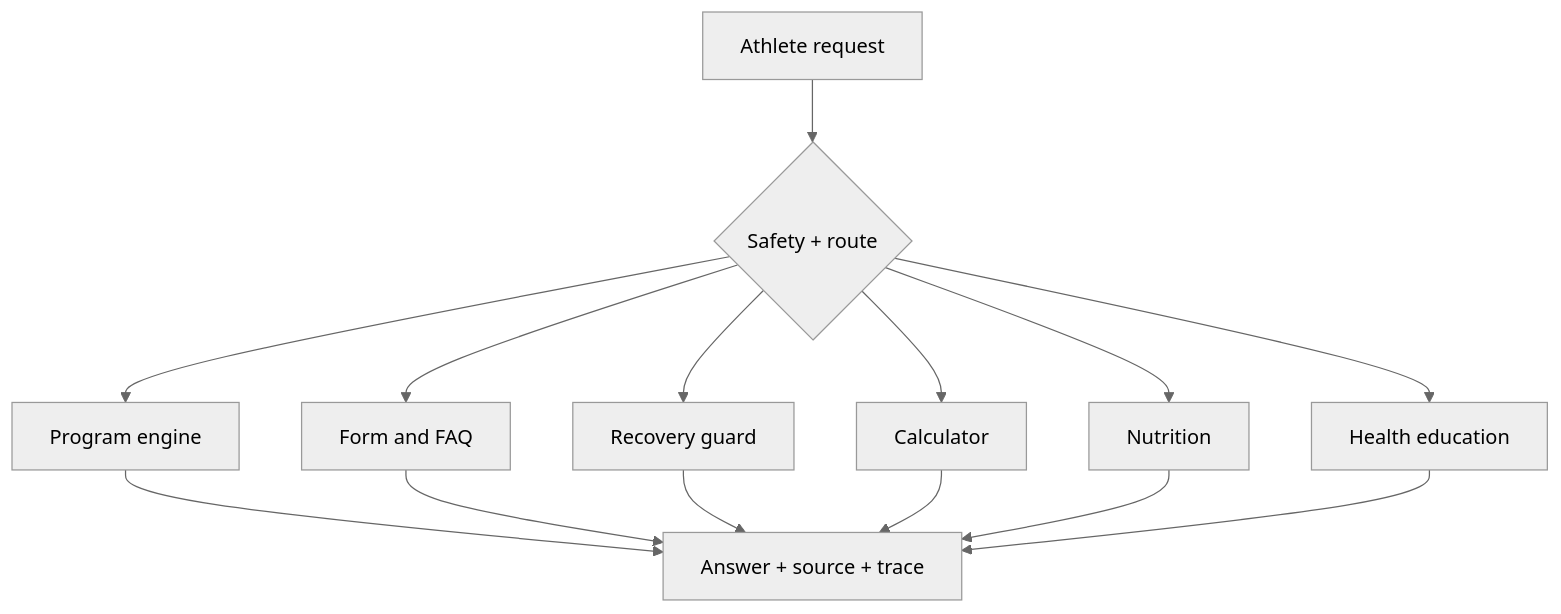
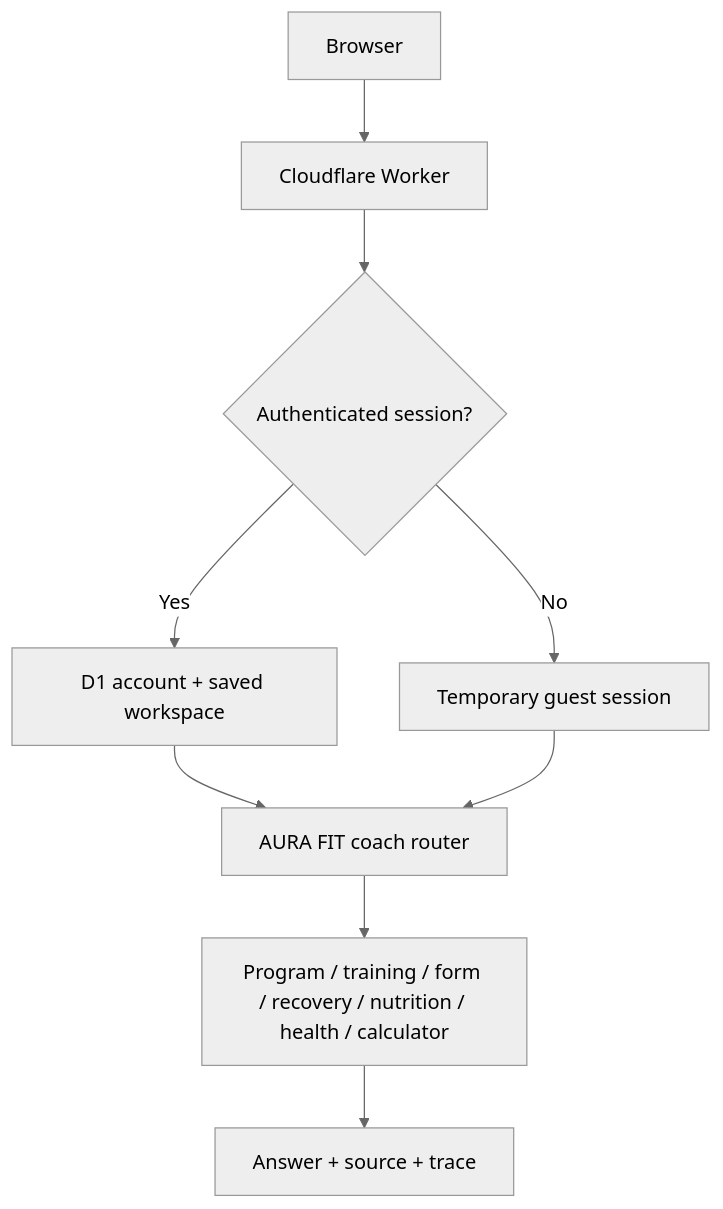
The diagram in README.md (krutharth-dev/aura-fit-ai), drawn with Mermaid (neutral theme) before and after one commit. The commit also changed other lines of this file and 27 other files, not shown here.

First line of the commit message:
feat: make AuraFit publicly deployable with first-party auth (#19)

````diff
--- a/README.md
+++ b/README.md
@@ -46,16 +34,11 @@
 ```mermaid
 flowchart TD
-    A[Athlete request] --> B{Safety + route}
-    B --> C[Program engine]
-    B --> D[Form and FAQ]
-    B --> E[Recovery guard]
-    B --> F[Calculator]
-    B --> H[Nutrition]
-    B --> I[Health education]
-    C --> G[Answer + source + trace]
-    D --> G
-    E --> G
-    F --> G
-    H --> G
-    I --> G
+    A[Browser] --> B[Cloudflare Worker]
+    B --> C{Authenticated session?}
+    C -->|Yes| D[D1 account + saved workspace]
+    C -->|No| E[Temporary guest session]
+    D --> F[AURA FIT coach router]
+    E --> F
+    F --> G[Program / training / form / recovery / nutrition / health / calculator]
+    G --> H[Answer + source + trace]
 ```
````
